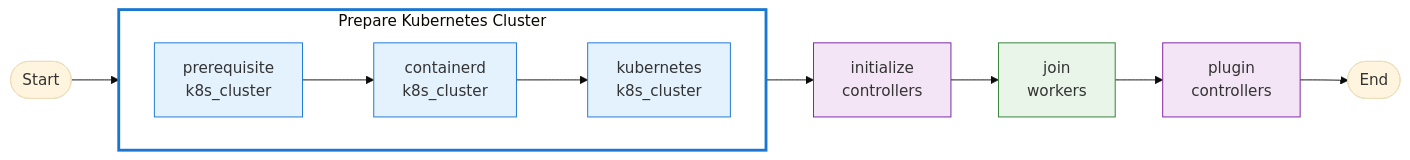
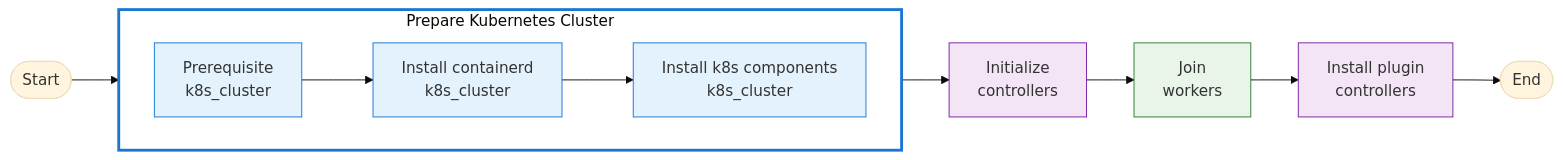
Before and after one commit to easycodesnipper/setup-k8s: the diagram in README.md, drawn with Mermaid (base theme).

````diff
--- a/README.md
+++ b/README.md
@@ -90,22 +90,22 @@
 ```mermaid
 flowchart LR
     Start([Start]) --> Prepare
     
     subgraph Prepare[Prepare Kubernetes Cluster]
         direction LR
-        P1[prerequisite<br>k8s_cluster] --> P2[containerd<br>k8s_cluster] --> P3[kubernetes<br>k8s_cluster]
+        P1[Prerequisite<br>k8s_cluster] --> P2[Install containerd<br>k8s_cluster] --> P3[Install k8s components<br>k8s_cluster]
     end
     
-    Prepare --> I[initialize<br>controllers] --> J[join<br>workers] --> PL[plugin<br>controllers] --> End([End])
+    Prepare --> I[Initialize<br>controllers] --> J[Join<br>workers] --> PL[Install plugin<br>controllers] --> End([End])
     
     %% Color coding by host group
     classDef k8s_cluster fill:#e3f2fd,stroke:#1976d2
     classDef controllers fill:#f3e5f5,stroke:#7b1fa2
     classDef workers fill:#e8f5e8,stroke:#2e7d32
     classDef prepare_box fill:none,stroke:#1976d2,stroke-width:3px
     
     class P1,P2,P3 k8s_cluster
     class I,PL controllers
     class J workers
     class Prepare prepare_box
 ```
````
